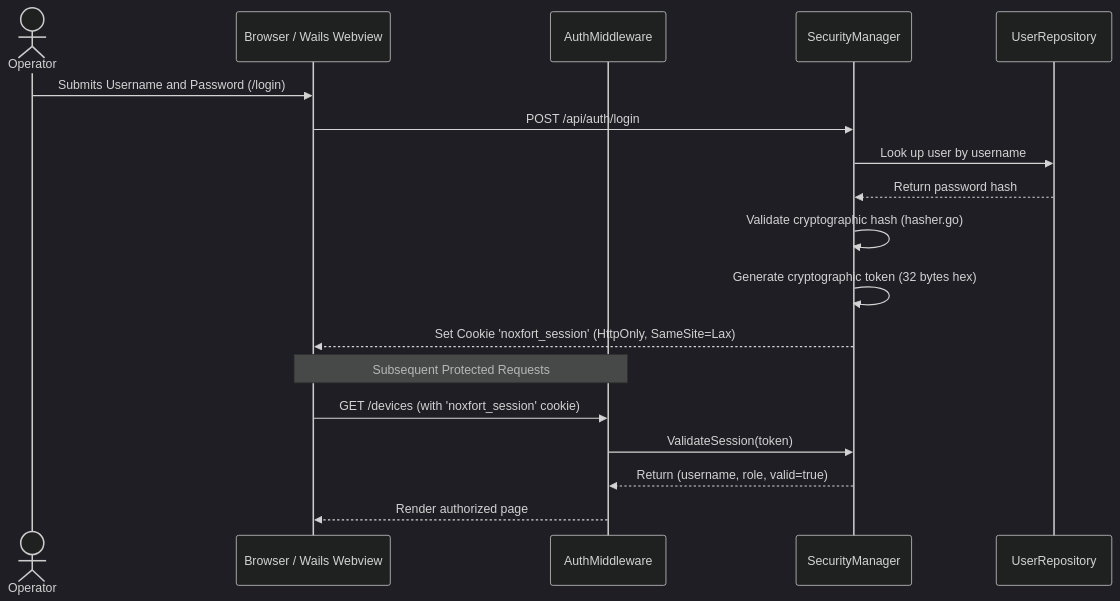
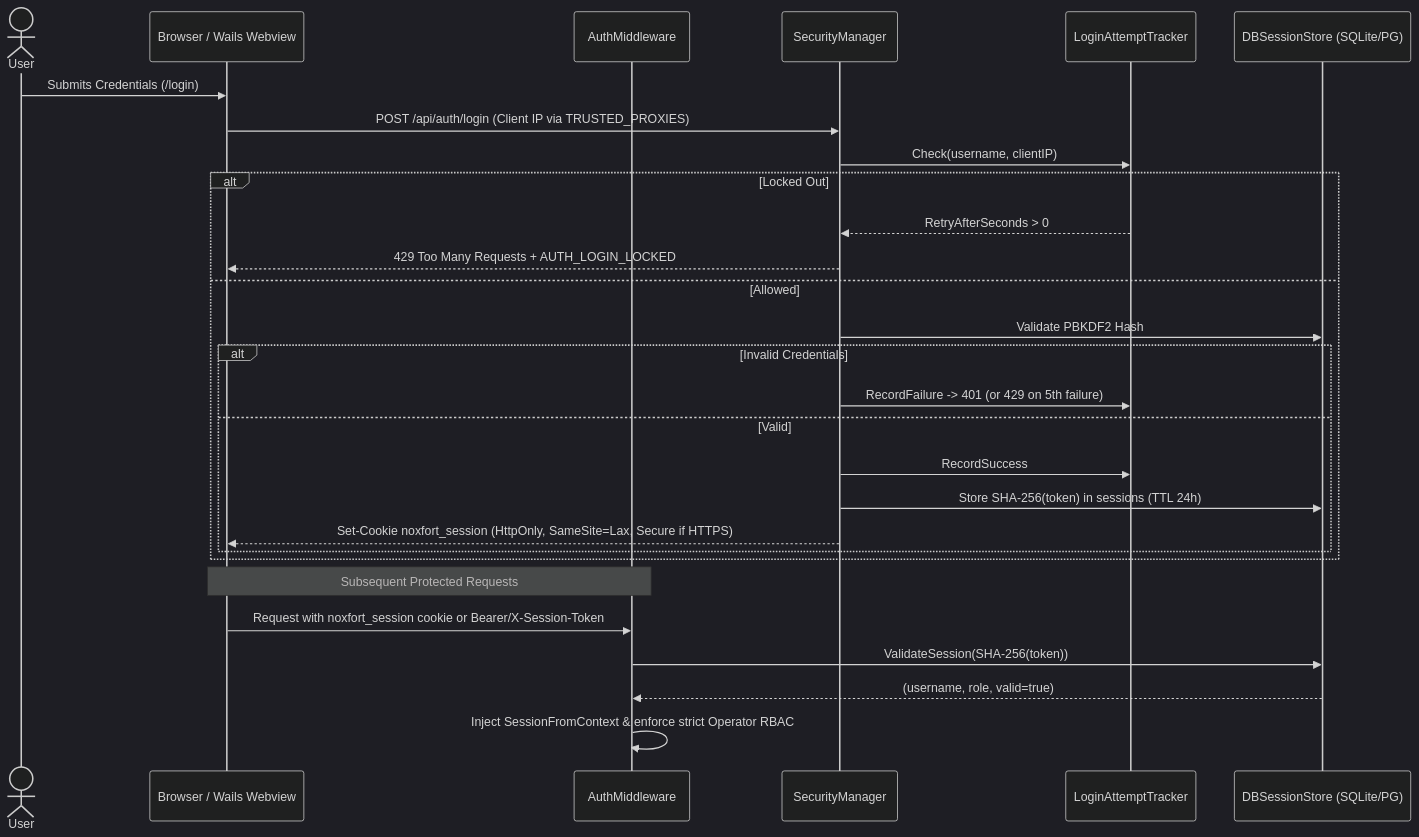
The first of 2 diagrams in docs/SECURITY.md (Noxfort-Systems-Brazil/MONITOR), drawn with Mermaid (dark theme) before and after one commit. The commit also changed other lines of this file and 186 other files, not shown here.

````diff
--- a/docs/SECURITY.md
+++ b/docs/SECURITY.md
@@ -28,22 +34,32 @@
 ```mermaid
 sequenceDiagram
-    actor Operator
+    actor User
     participant Web as Browser / Wails Webview
     participant MW as AuthMiddleware
     participant Sec as SecurityManager
-    participant DB as UserRepository
+    participant Lock as LoginAttemptTracker
+    participant DB as DBSessionStore (SQLite/PG)
 
-    Operator->>Web: Submits Username and Password (/login)
-    Web->>Sec: POST /api/auth/login
-    Sec->>DB: Look up user by username
-    DB-->>Sec: Return password hash
-    Sec->>Sec: Validate cryptographic hash (hasher.go)
-    Sec->>Sec: Generate cryptographic token (32 bytes hex)
-    Sec-->>Web: Set Cookie 'noxfort_session' (HttpOnly, SameSite=Lax)
-    
+    User->>Web: Submits Credentials (/login)
+    Web->>Sec: POST /api/auth/login (Client IP via TRUSTED_PROXIES)
+    Sec->>Lock: Check(username, clientIP)
+    alt Locked Out
+        Lock-->>Sec: RetryAfterSeconds > 0
+        Sec-->>Web: 429 Too Many Requests + AUTH_LOGIN_LOCKED
+    else Allowed
+        Sec->>DB: Validate PBKDF2 Hash
+        alt Invalid Credentials
+            Sec->>Lock: RecordFailure -> 401 (or 429 on 5th failure)
+        else Valid
+            Sec->>Lock: RecordSuccess
+            Sec->>DB: Store SHA-256(token) in sessions (TTL 24h)
+            Sec-->>Web: Set-Cookie noxfort_session (HttpOnly, SameSite=Lax, Secure if HTTPS)
+        end
+    end
+
     Note over Web,MW: Subsequent Protected Requests
-    Web->>MW: GET /devices (with 'noxfort_session' cookie)
-    MW->>Sec: ValidateSession(token)
-    Sec-->>MW: Return (username, role, valid=true)
-    MW-->>Web: Render authorized page
+    Web->>MW: Request with noxfort_session cookie or Bearer/X-Session-Token
+    MW->>DB: ValidateSession(SHA-256(token))
+    DB-->>MW: (username, role, valid=true)
+    MW->>MW: Inject SessionFromContext & enforce strict Operator RBAC
 ```
````
